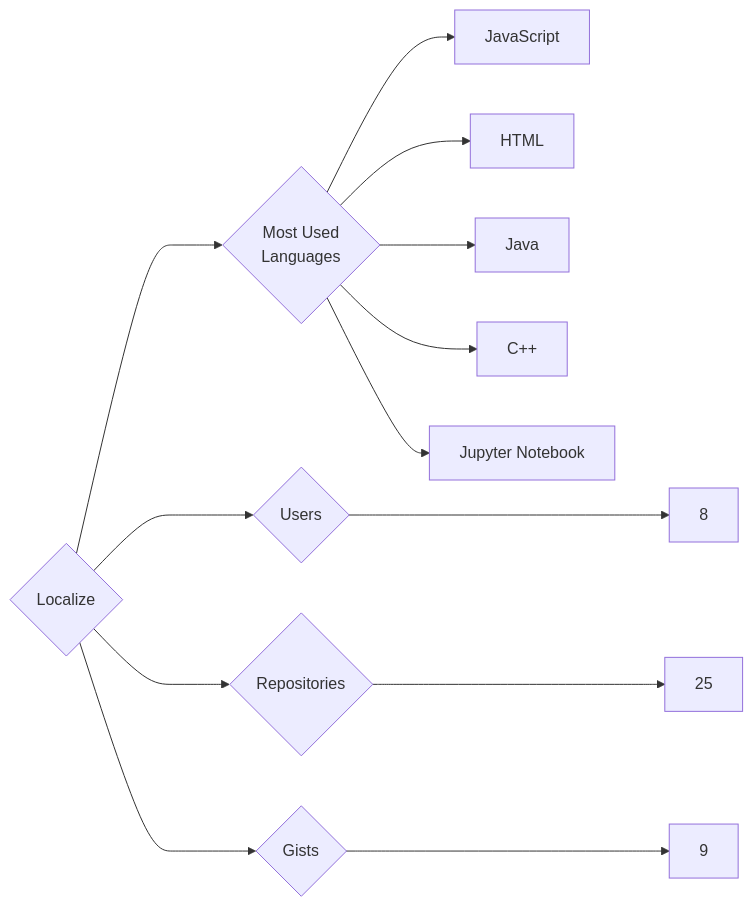
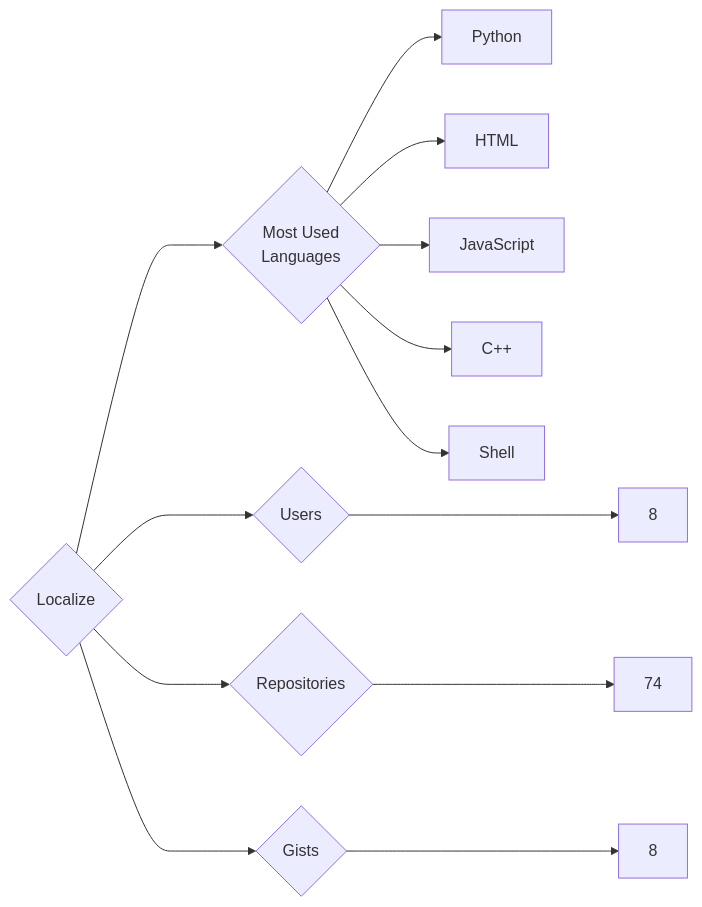
The diagram in targets/Localize/README.md (trickest/insiders), drawn with Mermaid before and after one commit. The commit also changed 787 other files, not shown here.

````diff
--- a/targets/Localize/README.md
+++ b/targets/Localize/README.md
@@ -3,13 +3,13 @@
 ```mermaid
 graph LR
 COMPANY_NAME{Localize}
 COMPANY_NAME ---> U{Users} ---> UN[8]
-COMPANY_NAME ---> R{Repositories} ---> RN[25]
-COMPANY_NAME ---> G{Gists} ---> GN[9]
+COMPANY_NAME ---> R{Repositories} ---> RN[74]
+COMPANY_NAME ---> G{Gists} ---> GN[8]
 COMPANY_NAME ---> ML{Most Used<br>Languages}
+ML --> Python[Python]
+ML --> HTML[HTML]
 ML --> JavaScript[JavaScript]
-ML --> HTML[HTML]
-ML --> Java[Java]
 ML --> C++[C++]
-ML --> Jupyter_Notebook[Jupyter Notebook]
+ML --> Shell[Shell]
 ```
````
